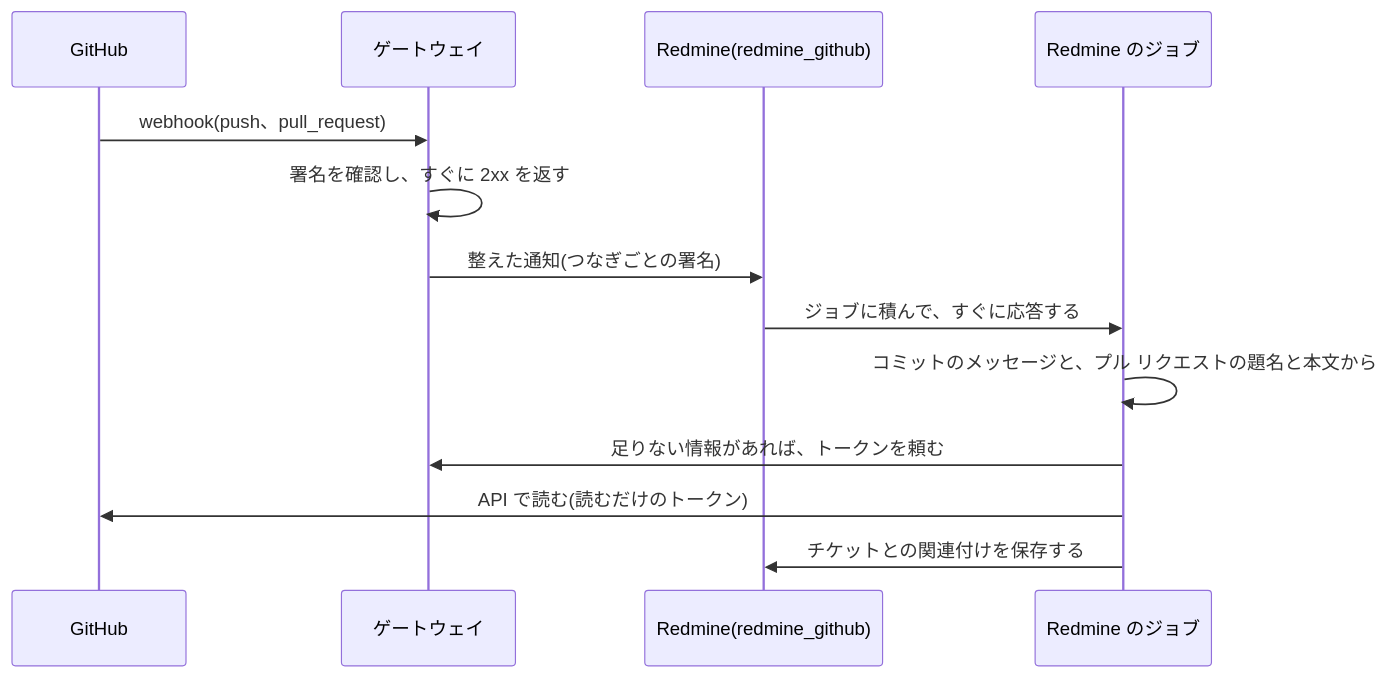
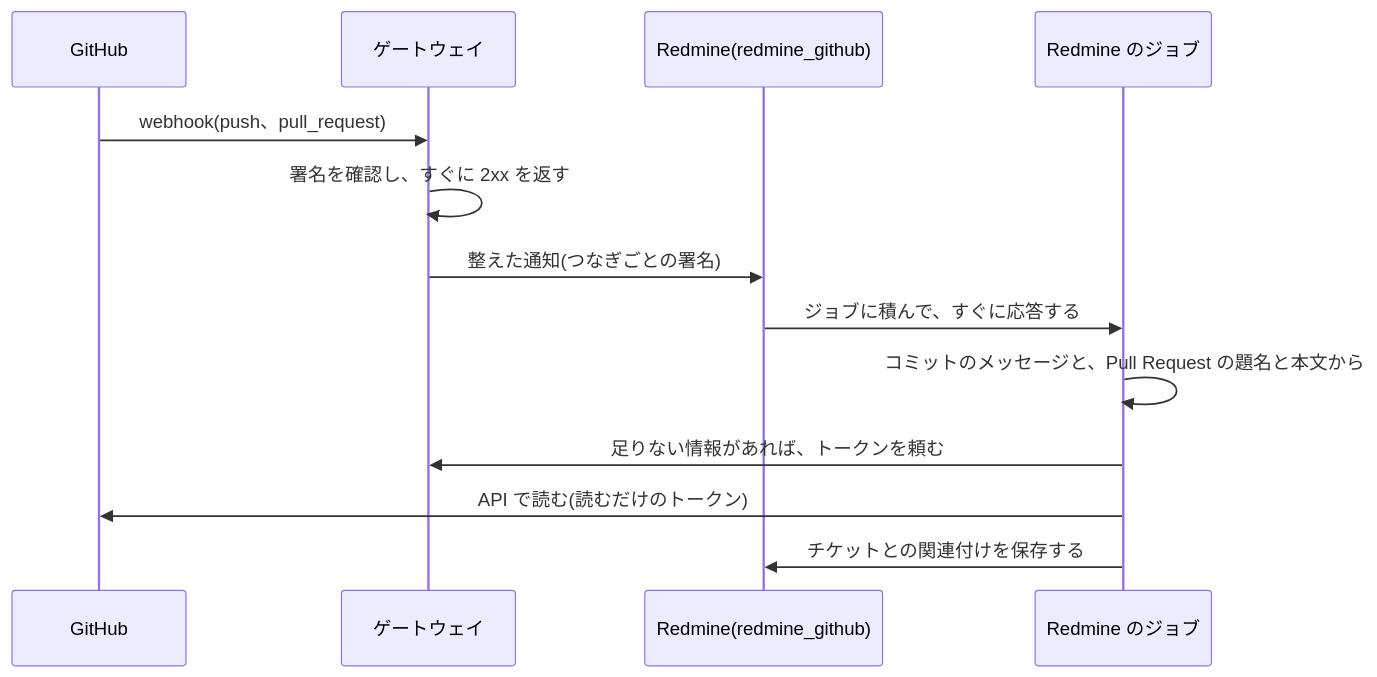
One commit to redmine-kit/redmine_github changed the second of 2 diagrams in docs/ja/design.md. Above: the diagram before and after it, drawn with Mermaid. The commit also changed other lines of this file and 1 other file, not shown here.

Commit message:
Write Pull Request in English in the Japanese text

````diff
--- a/docs/ja/design.md
+++ b/docs/ja/design.md
@@ -84,15 +84,15 @@
 ```mermaid
 sequenceDiagram
   participant G as GitHub
   participant W as ゲートウェイ
   participant R as Redmine(redmine_github)
   participant J as Redmine のジョブ
   G->>W: webhook(push、pull_request)
   W->>W: 署名を確認し、すぐに 2xx を返す
   W->>R: 整えた通知(つなぎごとの署名)
   R->>J: ジョブに積んで、すぐに応答する
-  J->>J: コミットのメッセージと、プル リクエストの題名と本文から #123 を探す
+  J->>J: コミットのメッセージと、Pull Request の題名と本文から #123 を探す
   J->>W: 足りない情報があれば、トークンを頼む
   J->>G: API で読む(読むだけのトークン)
   J->>R: チケットとの関連付けを保存する
 ```
````
